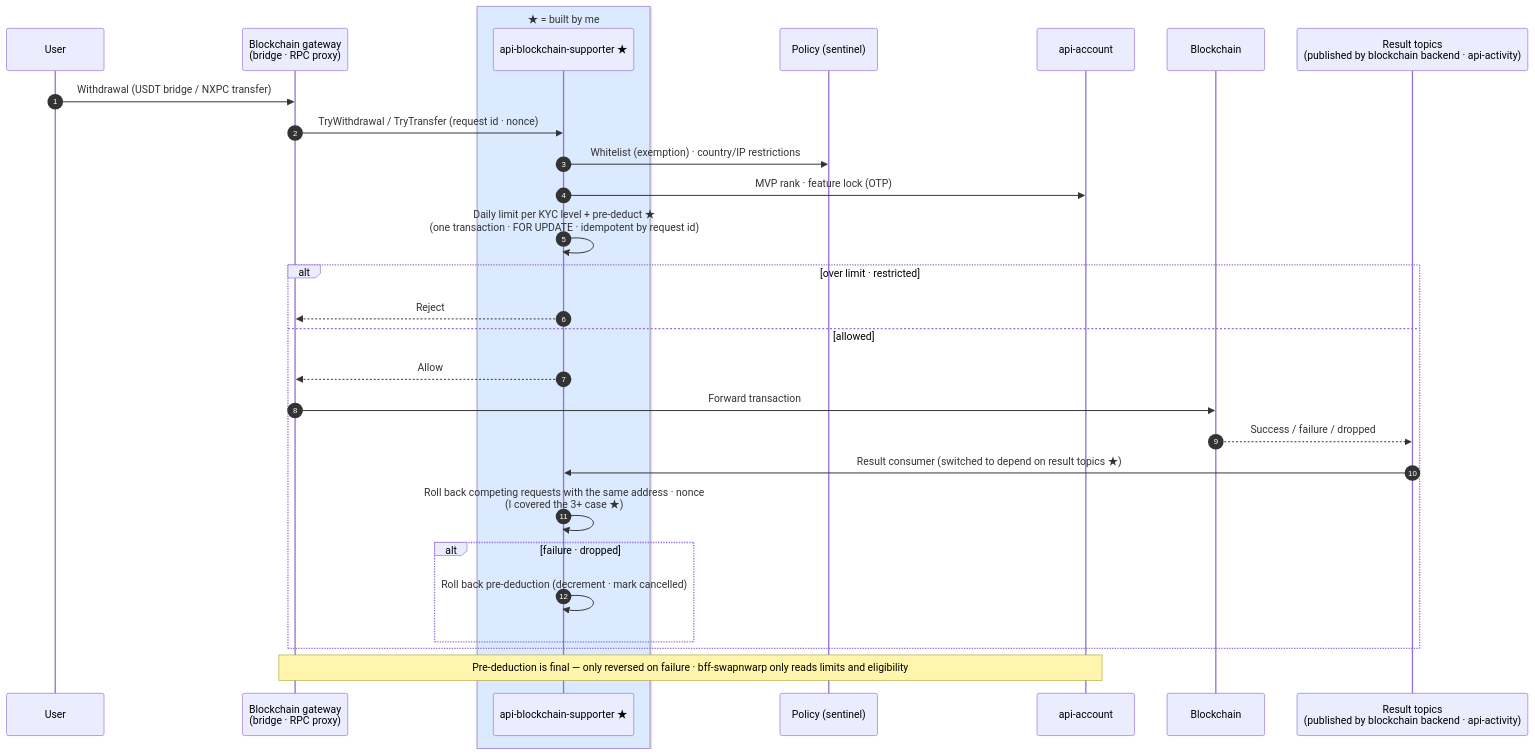
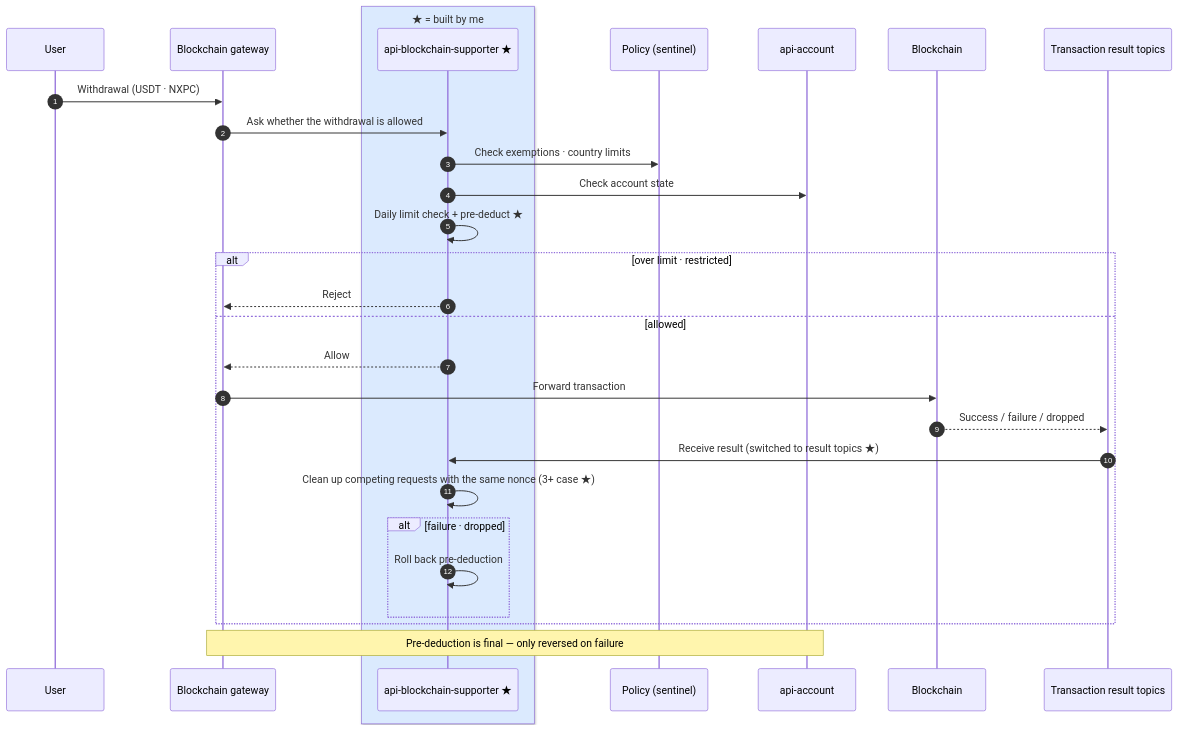
The diagram in content/diagrams/usdt.en.mmd (shalwxy/career), drawn with Mermaid before and after one commit. The commit also changed 27 other files, not shown here.

```diff
--- a/content/diagrams/usdt.en.mmd
+++ b/content/diagrams/usdt.en.mmd
@@ -1,30 +1,30 @@
 %% title: Stablecoin withdrawals — pre-deduction and result-driven rollback
 sequenceDiagram
     autonumber
     participant U as User
-    participant GW as Blockchain gateway<br/>(bridge · RPC proxy)
+    participant GW as Blockchain gateway
     box rgb(219,234,254) ★ = built by me
     participant S as api-blockchain-supporter ★
     end
     participant P as Policy (sentinel)
     participant AC as api-account
     participant BC as Blockchain
-    participant K as Result topics<br/>(published by blockchain backend · api-activity)
-    U->>GW: Withdrawal (USDT bridge / NXPC transfer)
-    GW->>S: TryWithdrawal / TryTransfer (request id · nonce)
-    S->>P: Whitelist (exemption) · country/IP restrictions
-    S->>AC: MVP rank · feature lock (OTP)
-    S->>S: Daily limit per KYC level + pre-deduct ★<br/>(one transaction · FOR UPDATE · idempotent by request id)
+    participant K as Transaction result topics
+    U->>GW: Withdrawal (USDT · NXPC)
+    GW->>S: Ask whether the withdrawal is allowed
+    S->>P: Check exemptions · country limits
+    S->>AC: Check account state
+    S->>S: Daily limit check + pre-deduct ★
     alt over limit · restricted
         S-->>GW: Reject
     else allowed
         S-->>GW: Allow
         GW->>BC: Forward transaction
         BC-->>K: Success / failure / dropped
-        K->>S: Result consumer (switched to depend on result topics ★)
-        S->>S: Roll back competing requests with the same address · nonce<br/>(I covered the 3+ case ★)
+        K->>S: Receive result (switched to result topics ★)
+        S->>S: Clean up competing requests with the same nonce (3+ case ★)
         alt failure · dropped
-            S->>S: Roll back pre-deduction (decrement · mark cancelled)
+            S->>S: Roll back pre-deduction
         end
     end
-    note over GW,AC: Pre-deduction is final — only reversed on failure · bff-swapnwarp only reads limits and eligibility
+    note over GW,AC: Pre-deduction is final — only reversed on failure
```
